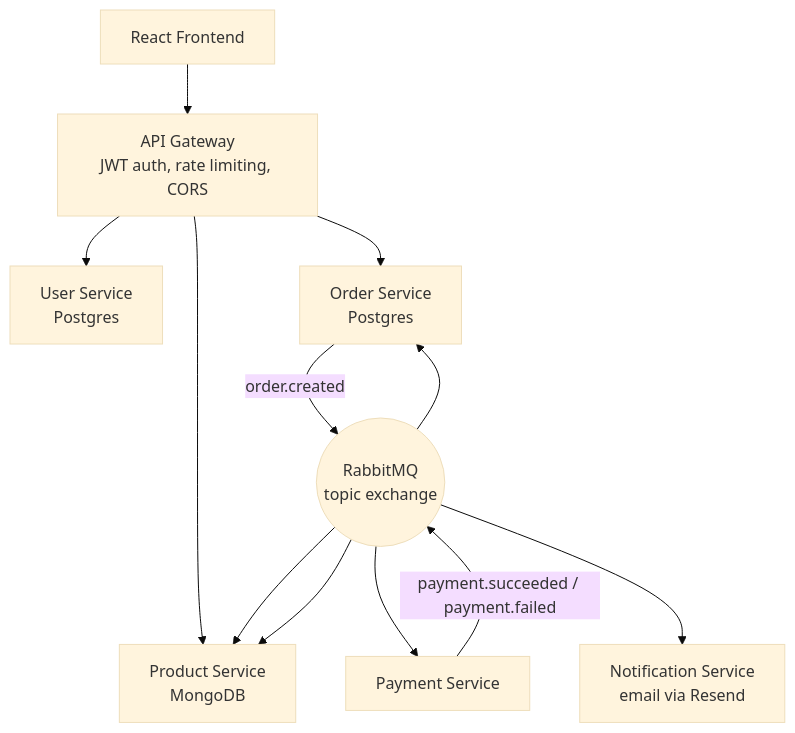
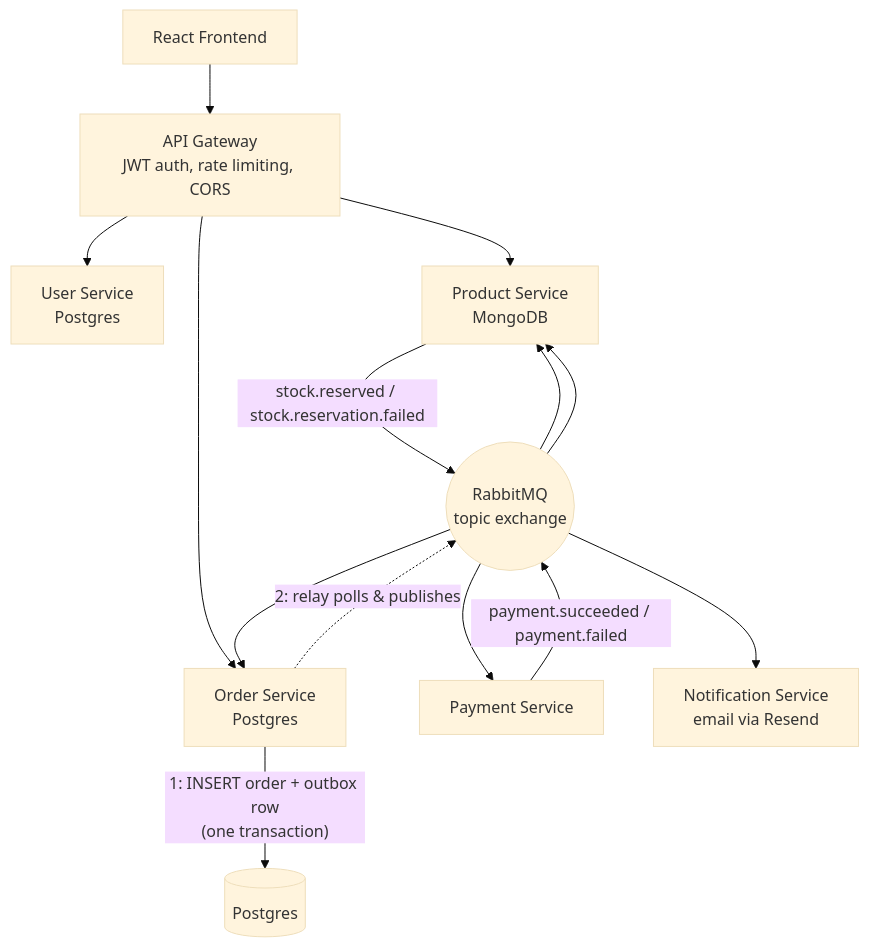
One commit to anurag39-p/Event-driven-e-commerce-system-with-microservices changed the diagram in README.md. Above: the diagram before and after it, drawn with Mermaid (base theme). The commit also changed other lines of this file and 21 other files, not shown here.

````diff
--- a/README.md
+++ b/README.md
@@ -25,16 +29,18 @@
 ```mermaid
 flowchart TD
     Client[React Frontend] --> Gateway[API Gateway<br/>JWT auth, rate limiting, CORS]
     Gateway --> UserSvc[User Service<br/>Postgres]
     Gateway --> ProductSvc[Product Service<br/>MongoDB]
     Gateway --> OrderSvc[Order Service<br/>Postgres]
 
-    OrderSvc -- order.created --> Bus((RabbitMQ<br/>topic exchange))
+    OrderSvc -- "1: INSERT order + outbox row<br/>(one transaction)" --> OrderDB[(Postgres)]
+    OrderSvc -. "2: relay polls & publishes" .-> Bus((RabbitMQ<br/>topic exchange))
     Bus --> PaymentSvc[Payment Service]
     Bus --> ProductSvc
 
     PaymentSvc -- payment.succeeded / payment.failed --> Bus
+    ProductSvc -- stock.reserved / stock.reservation.failed --> Bus
     Bus --> OrderSvc
     Bus --> ProductSvc
     Bus --> NotificationSvc[Notification Service<br/>email via Resend]
 ```
````
